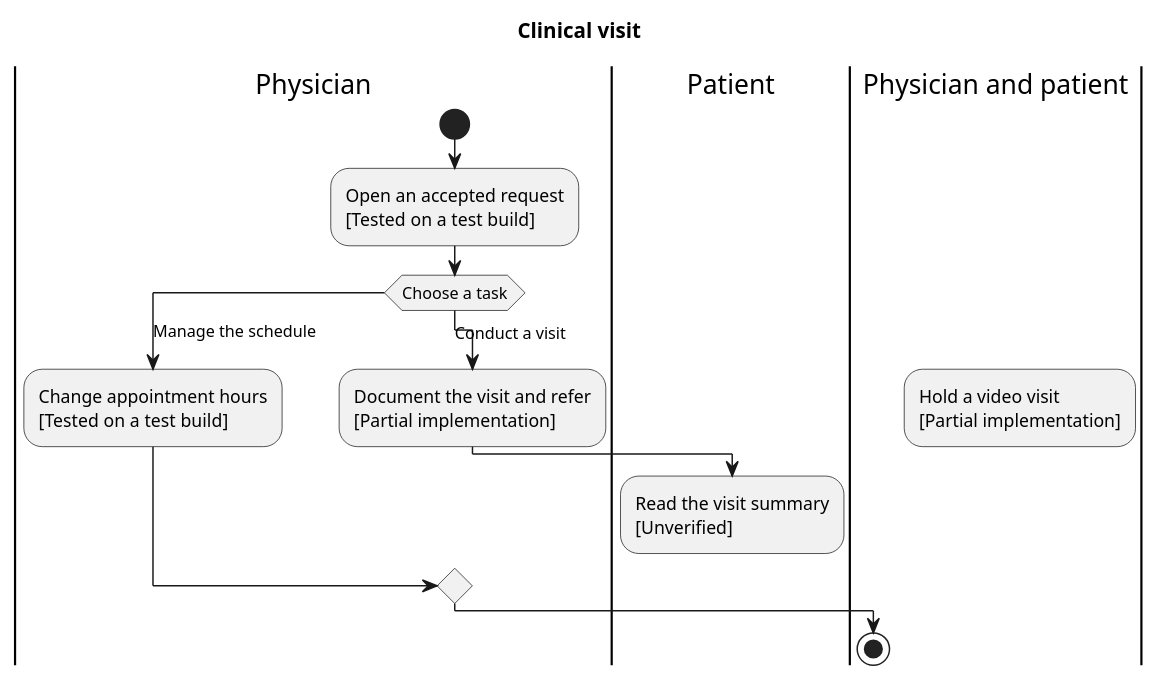
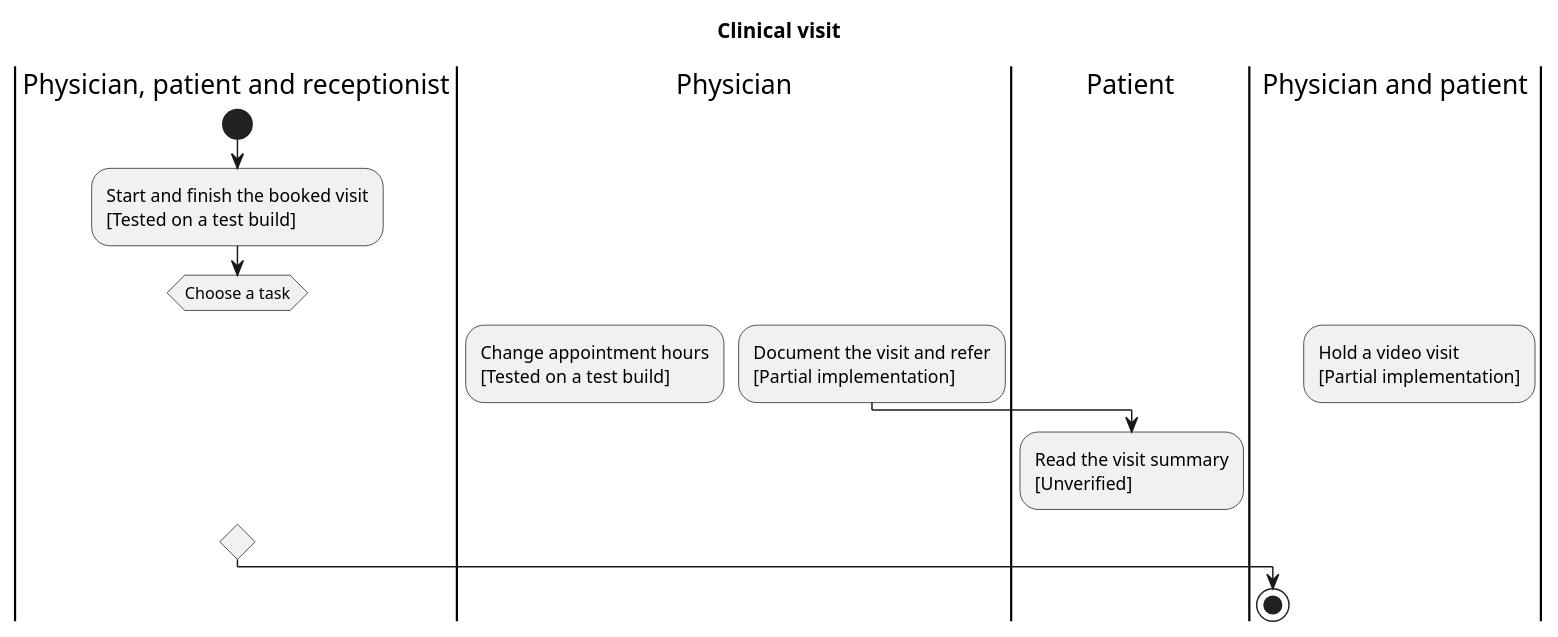
Before and after one commit to medbookdev/medbook-readiness: the diagram in visit-en.puml, drawn with PlantUML. The commit also changed 13 other files, not shown here.

Commit message:
Document tested clinic visit and return booking in Russian and English

```diff
--- a/visit-en.puml
+++ b/visit-en.puml
@@ -1,21 +1,21 @@
 @startuml
 title Clinical visit
-|Physician|
+|Physician, patient and receptionist|
 start
-|Physician|
-:Open an accepted request\n[Tested on a test build];
+|Physician, patient and receptionist|
+:Start and finish the booked visit\n[Tested on a test build];
 switch (Choose a task)
 case (Manage the schedule)
 |Physician|
 :Change appointment hours\n[Tested on a test build];
 case (Conduct a visit)
 |Physician|
 :Document the visit and refer\n[Partial implementation];
 |Patient|
 :Read the visit summary\n[Unverified];
 case (Video consultation)
 |Physician and patient|
 :Hold a video visit\n[Partial implementation];
 endswitch
 stop
 @enduml
```
